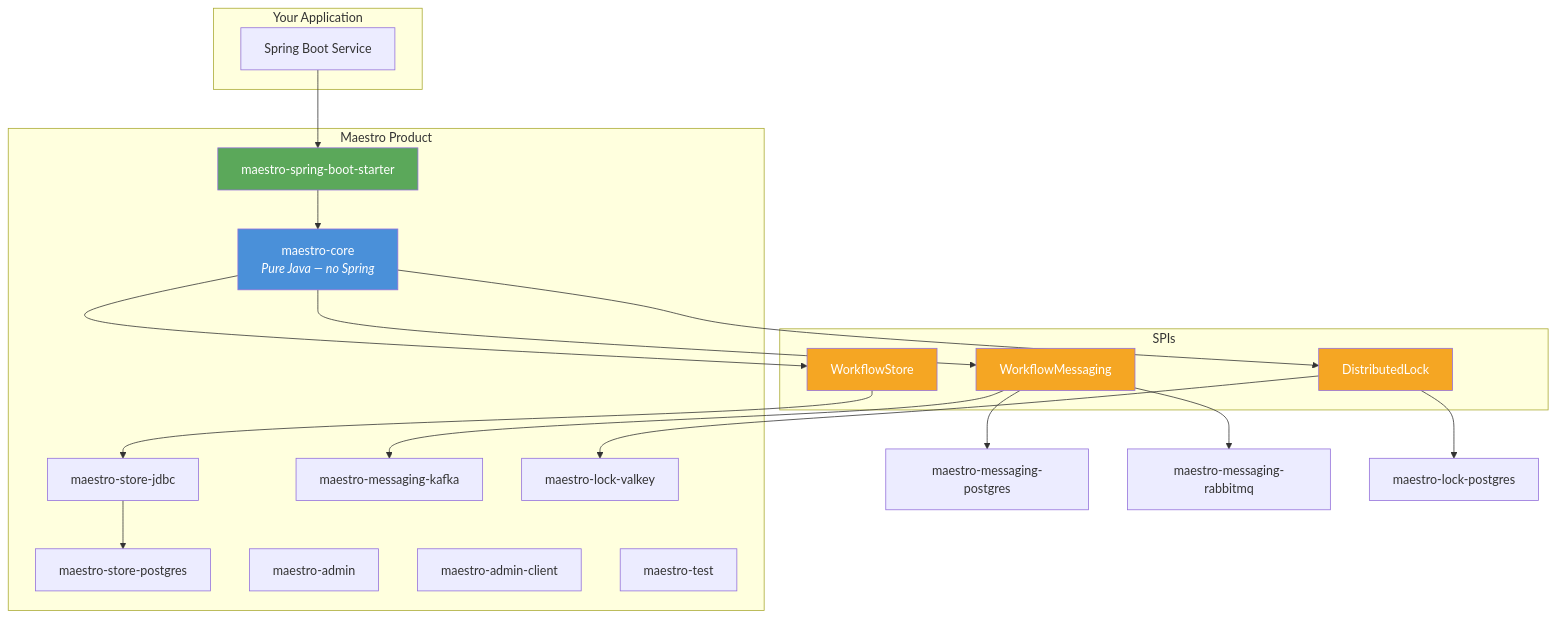
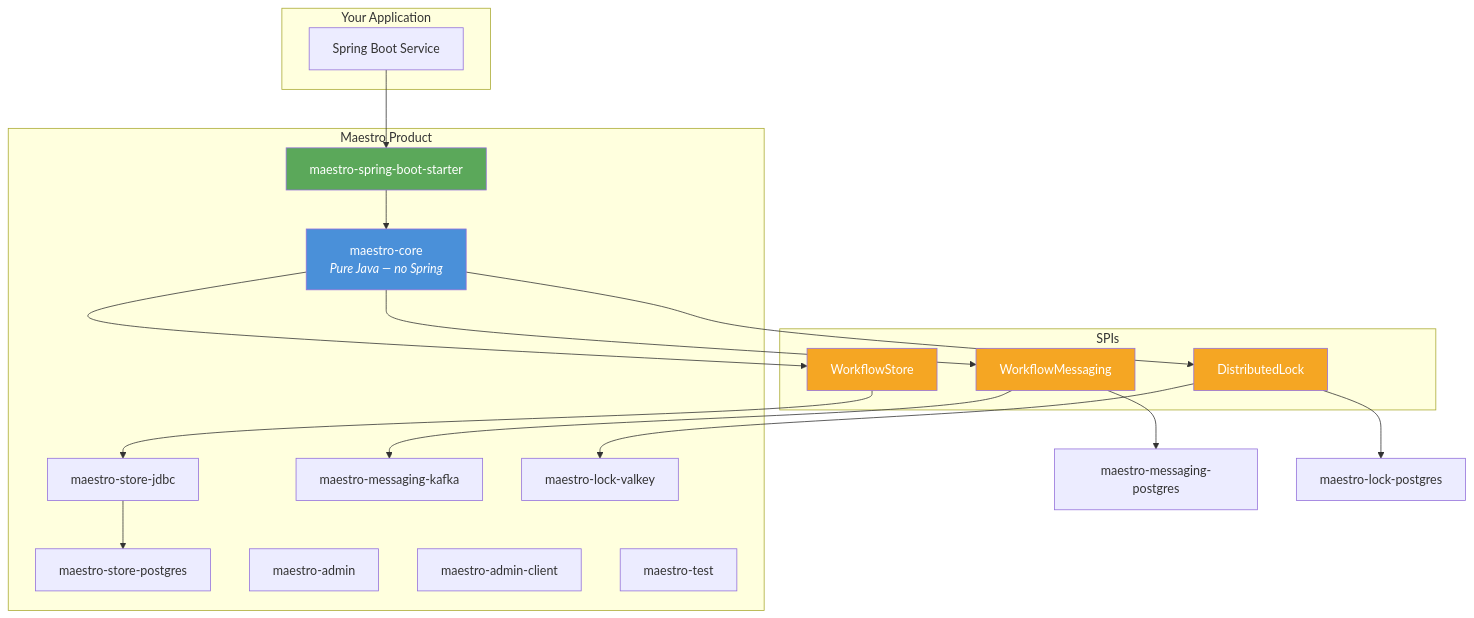
One commit to rakheen-dama/maestro changed the second of 15 diagrams in docs/maestro-architecture.md. Above: the diagram before and after it, drawn with Mermaid. The commit also changed other lines of this file and 16 other files, not shown here.

````diff
--- a/docs/maestro-architecture.md
+++ b/docs/maestro-architecture.md
@@ -74,42 +74,41 @@
 ```mermaid
 graph TB
     subgraph "Your Application"
         APP["Spring Boot Service"]
     end
 
     subgraph "Maestro Product"
         STARTER["maestro-spring-boot-starter"]
         CORE["maestro-core<br/><i>Pure Java — no Spring</i>"]
         STORE_PG["maestro-store-postgres"]
         STORE_JDBC["maestro-store-jdbc"]
         MSG_KAFKA["maestro-messaging-kafka"]
         LOCK_VALKEY["maestro-lock-valkey"]
         ADMIN["maestro-admin"]
         ADMIN_CLIENT["maestro-admin-client"]
         TEST["maestro-test"]
     end
 
     subgraph "SPIs"
         SPI_STORE["WorkflowStore"]
         SPI_MSG["WorkflowMessaging"]
         SPI_LOCK["DistributedLock"]
     end
 
     APP --> STARTER
     STARTER --> CORE
     CORE --> SPI_STORE
     CORE --> SPI_MSG
     CORE --> SPI_LOCK
     SPI_STORE --> STORE_JDBC --> STORE_PG
     SPI_MSG --> MSG_KAFKA
     SPI_MSG --> MSG_PG["maestro-messaging-postgres"]
-    SPI_MSG --> MSG_RMQ["maestro-messaging-rabbitmq"]
     SPI_LOCK --> LOCK_VALKEY
     SPI_LOCK --> LOCK_PG["maestro-lock-postgres"]
 
     style CORE fill:#4A90D9,color:#fff
     style STARTER fill:#5BA85A,color:#fff
     style SPI_STORE fill:#F5A623,color:#fff
     style SPI_MSG fill:#F5A623,color:#fff
     style SPI_LOCK fill:#F5A623,color:#fff
 ```
````
